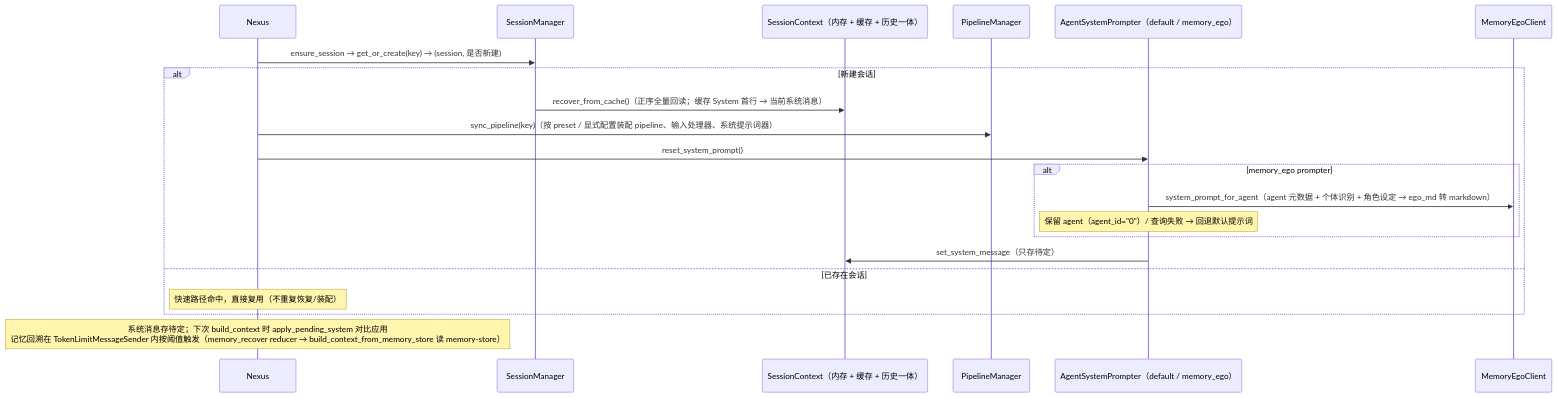
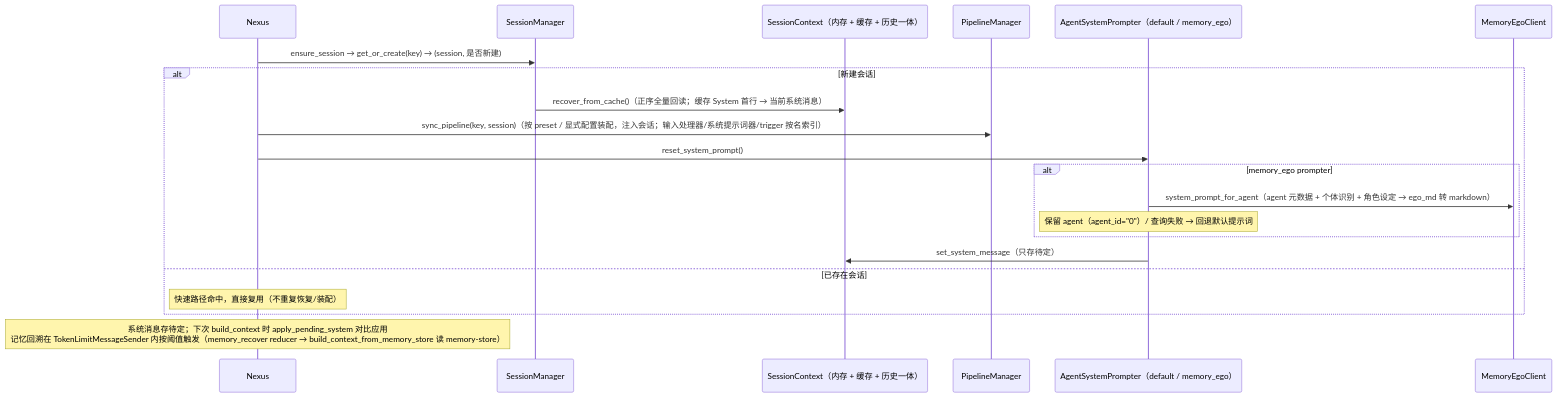
The fifth of 5 diagrams in docs/spec/agent-modules.md (coldcloude/kissbot), drawn with Mermaid before and after one commit. The commit also changed other lines of this file and 4 other files, not shown here.

````diff
--- a/docs/spec/agent-modules.md
+++ b/docs/spec/agent-modules.md
@@ -210,24 +209,24 @@
 ```mermaid
 sequenceDiagram
     participant CO as Nexus
     participant SM as SessionManager
     participant SC as SessionContext（内存 + 缓存 + 历史一体）
     participant PLS as PipelineManager
     participant SP as AgentSystemPrompter（default / memory_ego）
     participant MEC as MemoryEgoClient
 
     CO->>SM: ensure_session → get_or_create(key) → (session, 是否新建)
     alt 新建会话
         SM->>SC: recover_from_cache()（正序全量回读；缓存 System 首行 → 当前系统消息）
-        CO->>PLS: sync_pipeline(key)（按 preset / 显式配置装配 pipeline、输入处理器、系统提示词器）
+        CO->>PLS: sync_pipeline(key, session)（按 preset / 显式配置装配，注入会话；输入处理器/系统提示词器/trigger 按名索引）
         CO->>SP: reset_system_prompt()
         alt memory_ego prompter
             SP->>MEC: system_prompt_for_agent（agent 元数据 + 个体识别 + 角色设定 → ego_md 转 markdown）
             Note over SP: 保留 agent（agent_id="0"）/ 查询失败 → 回退默认提示词
         end
         SP->>SC: set_system_message（只存待定）
     else 已存在会话
         Note over CO: 快速路径命中，直接复用（不重复恢复/装配）
     end
     Note over CO: 系统消息存待定；下次 build_context 时 apply_pending_system 对比应用<br/>记忆回溯在 TokenLimitMessageSender 内按阈值触发（memory_recover reducer → build_context_from_memory_store 读 memory-store）
 ```
````
